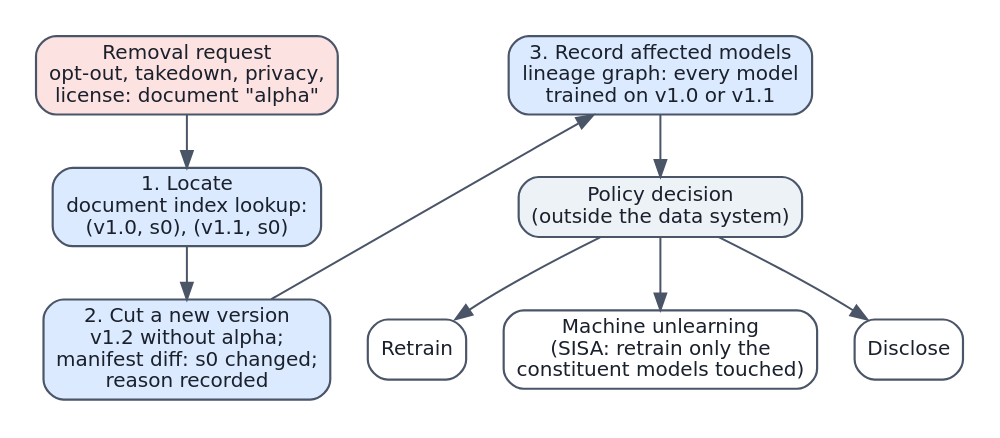
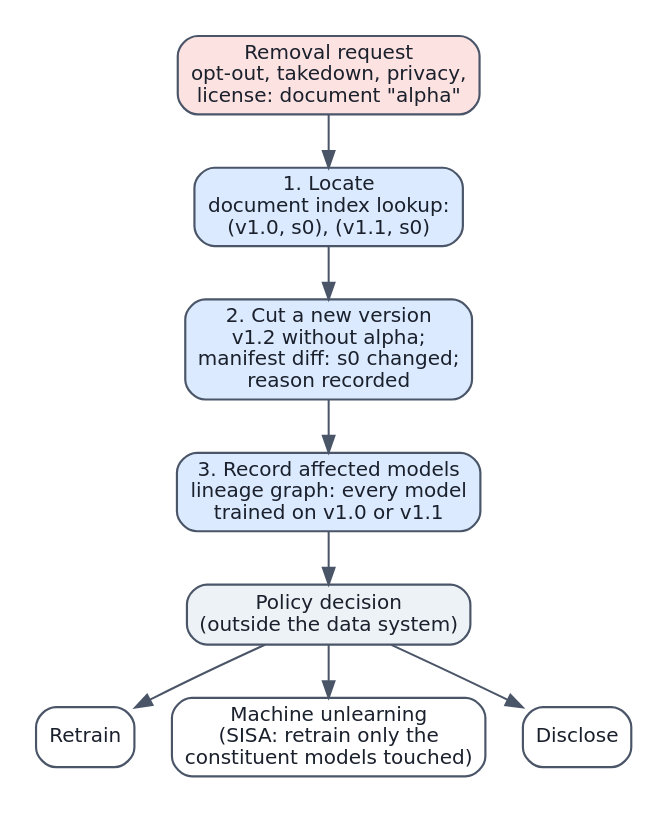
One commit to Beaker12/llmatlas changed the diagram in chapters/05-dataset-management/figures/removal.dot. Above: the diagram before and after it, drawn with Graphviz. The commit also changed 17 other files, not shown here.

```diff
--- a/chapters/05-dataset-management/figures/removal.dot
+++ b/chapters/05-dataset-management/figures/removal.dot
@@ -1,17 +1,12 @@
 digraph removal {
   graph [fontname="DejaVu Sans", fontsize=13, nodesep=0.3, ranksep=0.45, pad=0.2];
   node [fontname="DejaVu Sans", fontsize=12, fontcolor="#1a202c", shape=box, style="rounded,filled", fillcolor="#ffffff", color="#4a5568", penwidth=1.3]; edge [fontname="DejaVu Sans", fontsize=11, fontcolor="#1a202c", color="#4a5568", penwidth=1.2];
   req [label="Removal request\nopt-out, takedown, privacy,\nlicense: document \"alpha\"", fillcolor="#fde2e2"];
   locate [label="1. Locate\ndocument index lookup:\n(v1.0, s0), (v1.1, s0)", fillcolor="#dbeafe"];
   cut [label="2. Cut a new version\nv1.2 without alpha;\nmanifest diff: s0 changed;\nreason recorded", fillcolor="#dbeafe"];
   lineage [label="3. Record affected models\nlineage graph: every model\ntrained on v1.0 or v1.1", fillcolor="#dbeafe"];
   policy [label="Policy decision\n(outside the data system)", fillcolor="#edf2f7"];
   retrain [label="Retrain"]; unlearn [label="Machine unlearning\n(SISA: retrain only the\nconstituent models touched)"]; disclose [label="Disclose"];
-  req -> locate -> cut;
-  cut -> lineage [constraint=false];
-  lineage -> policy;
-  {rank=same; req; lineage}
-  {rank=same; locate; policy}
-  {rank=same; cut; retrain; unlearn; disclose}
+  req -> locate -> cut -> lineage -> policy;
   policy -> retrain; policy -> unlearn; policy -> disclose;
 }
```
